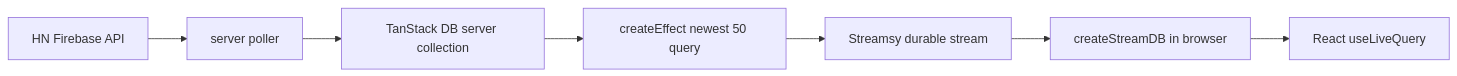
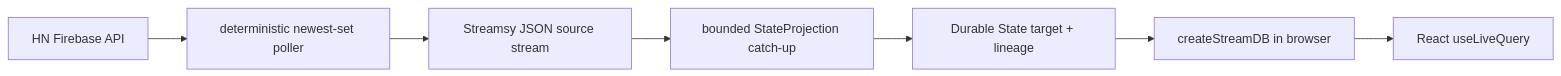
The diagram in examples/hackernews-newest-stream/README.md (gingerhendrix/streamsy), drawn with Mermaid before and after one commit. The commit also changed other lines of this file and 14 other files, not shown here.

````diff
--- a/examples/hackernews-newest-stream/README.md
+++ b/examples/hackernews-newest-stream/README.md
@@ -9,9 +9,9 @@
 ```mermaid
 flowchart LR
-  HN[HN Firebase API] --> Poller[server poller]
-  Poller --> ServerDB[TanStack DB server collection]
-  ServerDB --> Effect[createEffect newest 50 query]
-  Effect --> Streamsy[Streamsy durable stream]
-  Streamsy --> ClientDB[createStreamDB in browser]
+  HN[HN Firebase API] --> Poller[deterministic newest-set poller]
+  Poller --> Source[Streamsy JSON source stream]
+  Source --> Projection[bounded StateProjection catch-up]
+  Projection --> Target[Durable State target + lineage]
+  Target --> ClientDB[createStreamDB in browser]
   ClientDB --> React[React useLiveQuery]
 ```
````
